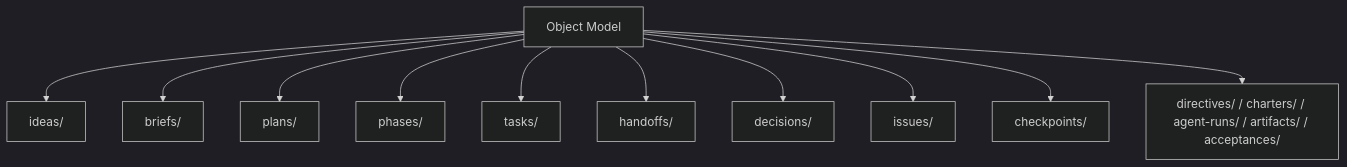
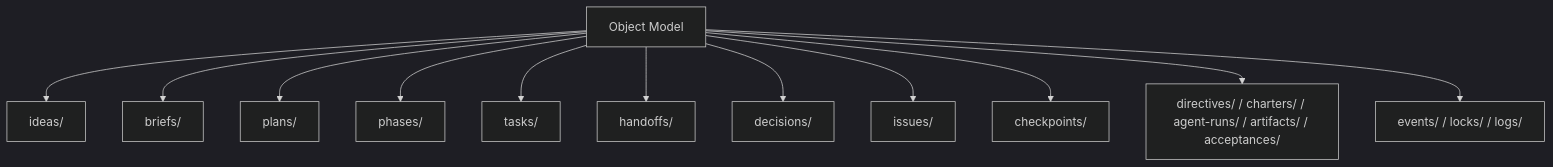
The diagram in docs/06-coordination/01-文件系统协同规则.md (leeson1/Hive-Design), drawn with Mermaid (dark theme) before and after one commit. The commit also changed other lines of this file and 40 other files, not shown here.

````diff
--- a/docs/06-coordination/01-文件系统协同规则.md
+++ b/docs/06-coordination/01-文件系统协同规则.md
@@ -71,13 +87,14 @@
 ```mermaid
 flowchart TD
     A["Object Model"] --> B["ideas/"]
     A --> C["briefs/"]
     A --> D["plans/"]
     A --> E["phases/"]
     A --> F["tasks/"]
     A --> G["handoffs/"]
     A --> H["decisions/"]
     A --> I["issues/"]
     A --> J["checkpoints/"]
     A --> K["directives/ / charters/ / agent-runs/ / artifacts/ / acceptances/"]
+    A --> L["events/ / locks/ / logs/"]
 ```
````
